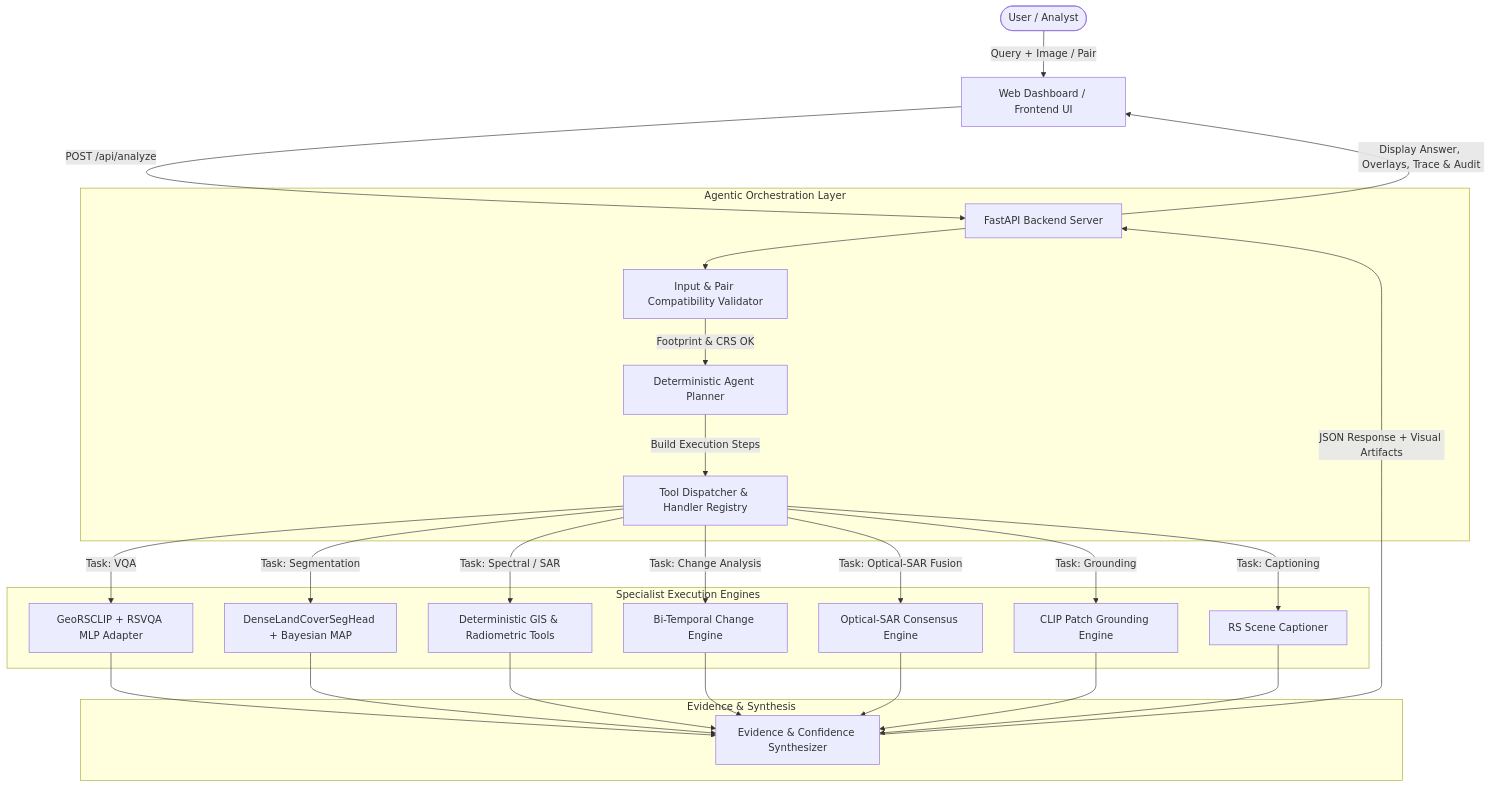
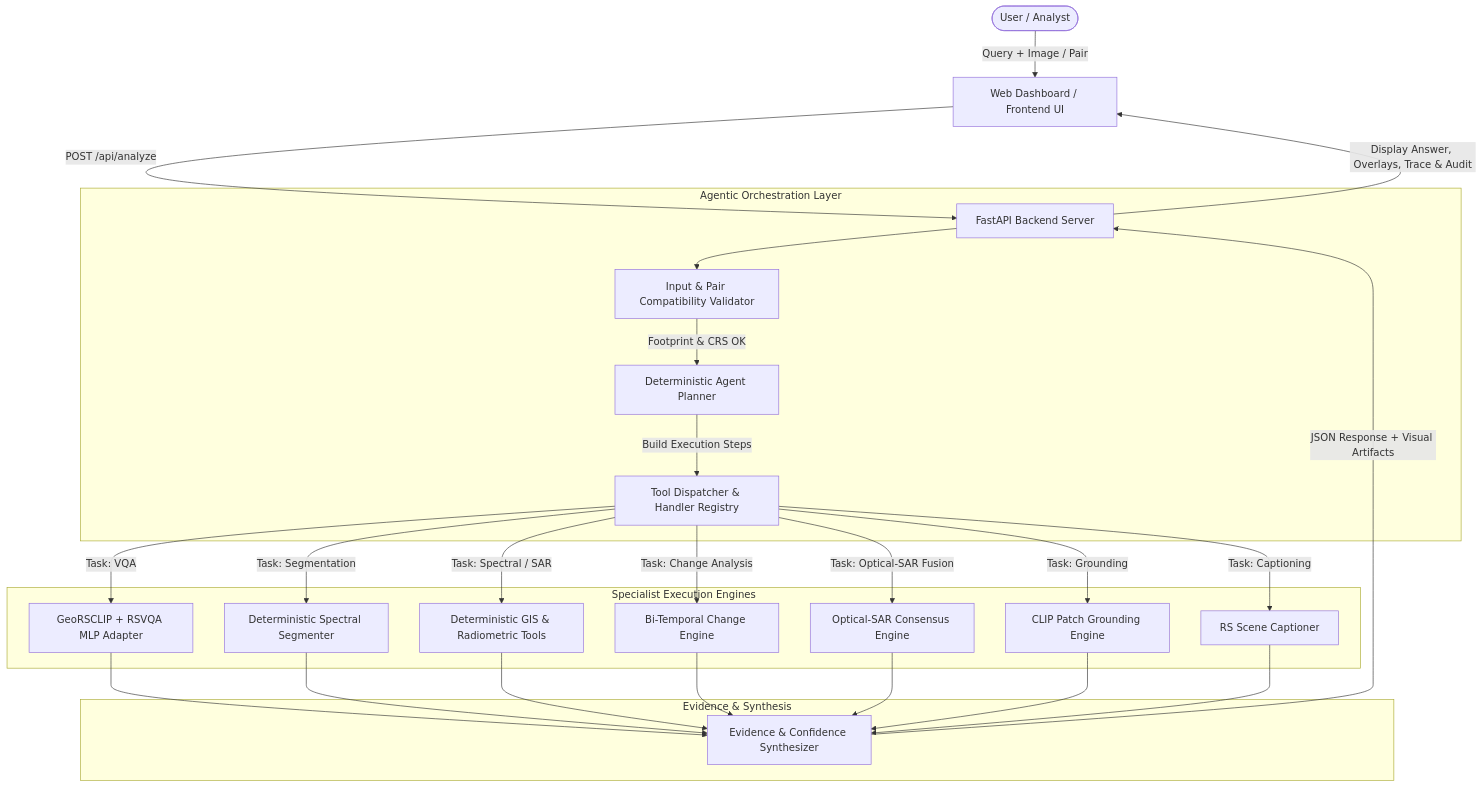
The diagram in README.md (Sathwik797/SatQuery-AI), drawn with Mermaid before and after one commit. The commit also changed other lines of this file, not shown here.

````diff
--- a/README.md
+++ b/README.md
@@ -75,34 +75,34 @@
 ```mermaid
 flowchart TD
     User([User / Analyst]) -->|Query + Image / Pair| Frontend[Web Dashboard / Frontend UI]
     Frontend -->|POST /api/analyze| API[FastAPI Backend Server]
     
     subgraph Agentic Orchestration Layer
         API --> Validator[Input & Pair Compatibility Validator]
         Validator -->|Footprint & CRS OK| Planner[Deterministic Agent Planner]
         Planner -->|Build Execution Steps| Dispatcher[Tool Dispatcher & Handler Registry]
     end
 
     subgraph Specialist Execution Engines
         Dispatcher -->|Task: VQA| RSVLM[GeoRSCLIP + RSVQA MLP Adapter]
-        Dispatcher -->|Task: Segmentation| SegHead[DenseLandCoverSegHead + Bayesian MAP]
+        Dispatcher -->|Task: Segmentation| SegHead[Deterministic Spectral Segmenter]
         Dispatcher -->|Task: Spectral / SAR| GIS[Deterministic GIS & Radiometric Tools]
         Dispatcher -->|Task: Change Analysis| ChangeEngine[Bi-Temporal Change Engine]
         Dispatcher -->|Task: Optical-SAR Fusion| FusionEngine[Optical-SAR Consensus Engine]
         Dispatcher -->|Task: Grounding| GroundingEngine[CLIP Patch Grounding Engine]
         Dispatcher -->|Task: Captioning| CaptionEngine[RS Scene Captioner]
     end
 
     subgraph Evidence & Synthesis
         RSVLM --> Synthesizer[Evidence & Confidence Synthesizer]
         SegHead --> Synthesizer
         GIS --> Synthesizer
         ChangeEngine --> Synthesizer
         FusionEngine --> Synthesizer
         GroundingEngine --> Synthesizer
         CaptionEngine --> Synthesizer
     end
 
     Synthesizer -->|JSON Response + Visual Artifacts| API
     API -->|Display Answer, Overlays, Trace & Audit| Frontend
 ```
````
